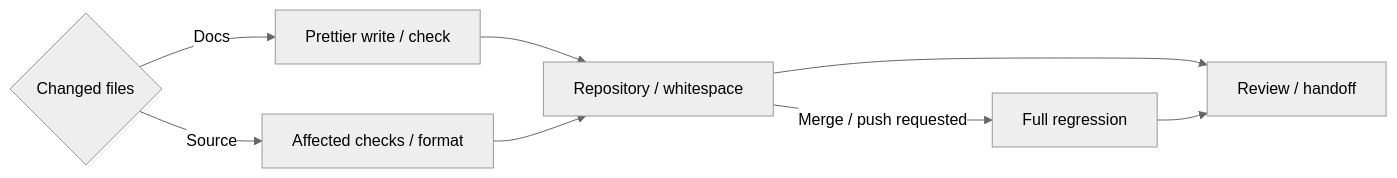
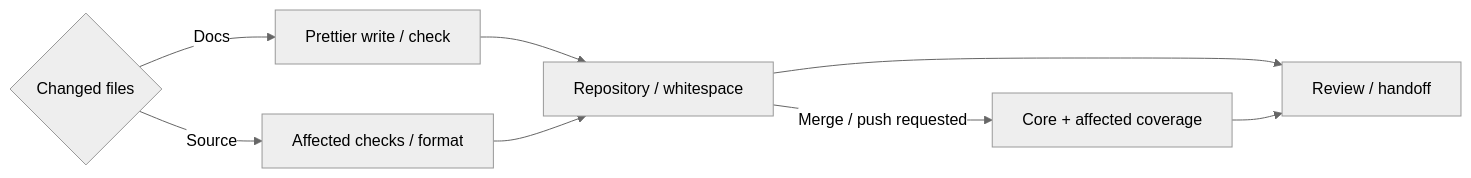
One commit to rubber-duck/ipp changed the second of 2 diagrams in docs/development/workflow.md. Above: the diagram before and after it, drawn with Mermaid (neutral theme). The commit also changed other lines of this file and 8 other files, not shown here.

Commit message:
Make regression default to core checks with on-demand groups

````diff
--- a/docs/development/workflow.md
+++ b/docs/development/workflow.md
@@ -52,10 +52,10 @@
 ```mermaid
 flowchart LR
     change{"Changed files"} -->|"Docs"| docs["Prettier write / check"]
     change -->|"Source"| source["Affected checks / format"]
     docs --> common["Repository / whitespace"]
     source --> common
     common --> review["Review / handoff"]
-    common -->|"Merge / push requested"| regression["Full regression"]
+    common -->|"Merge / push requested"| regression["Core + affected coverage"]
     regression --> review
 ```
````
